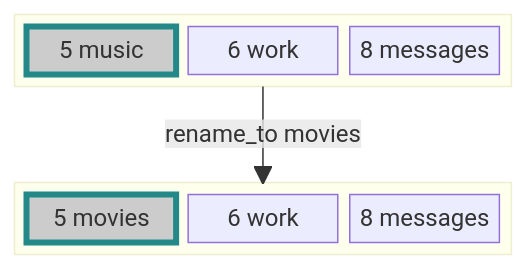
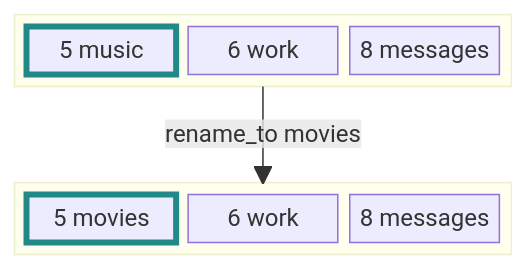
One commit to berezowski/swaymsg_workspace changed the eighth of 10 diagrams in README.md. Above: the diagram before and after it, drawn with Mermaid. The commit also changed other lines of this file, not shown here.

````diff
--- a/README.md
+++ b/README.md
@@ -227,18 +227,18 @@
 ```mermaid
 block-beta
   columns 3
   block:a:3
     A["5 music"]
     B["6 work"]
     C["8 messages"]
   end
   space:3
   block:b:3
     D["5 movies"]
     E["6 work"]
     F["8 messages"]
   end
   a -- "rename_to movies"--> b
-  style A fill:#ccc,stroke:#288,stroke-width:4px,color:#000
-  style D fill:#ccc,stroke:#288,stroke-width:4px,color:#000
+  style A stroke:#288,stroke-width:4px
+  style D stroke:#288,stroke-width:4px
 ```
````
